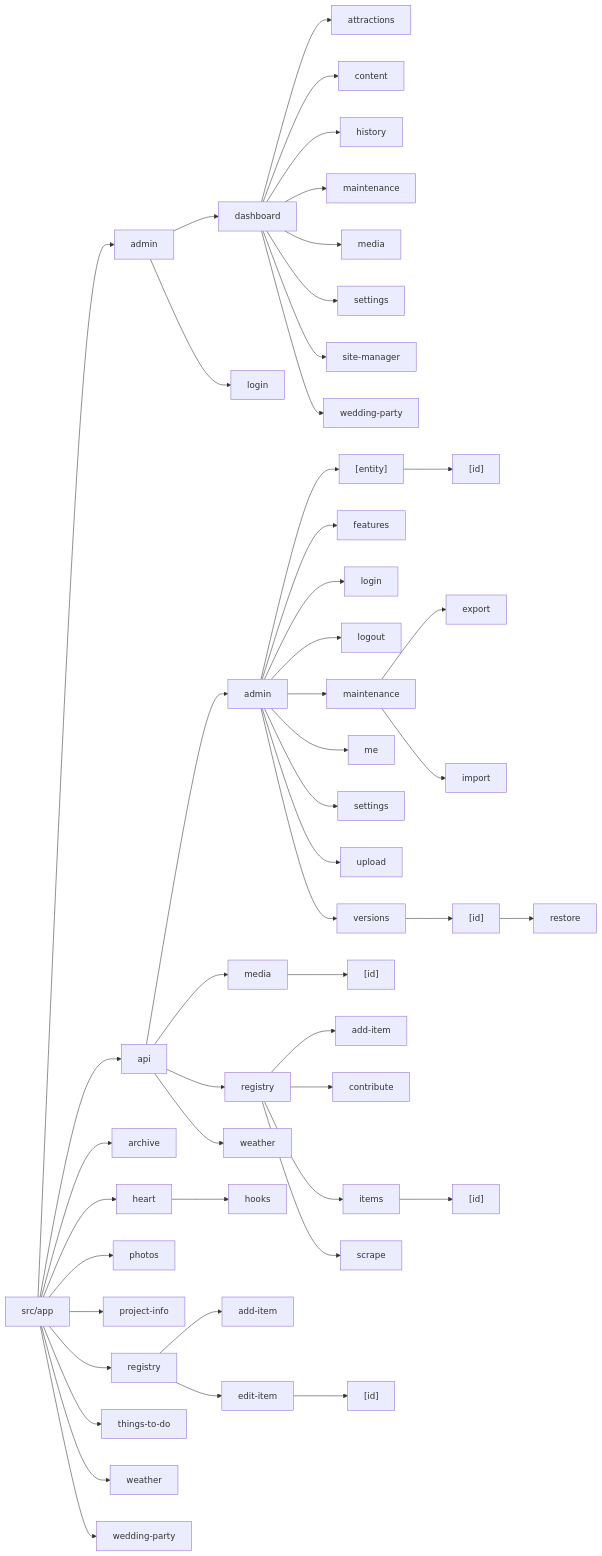
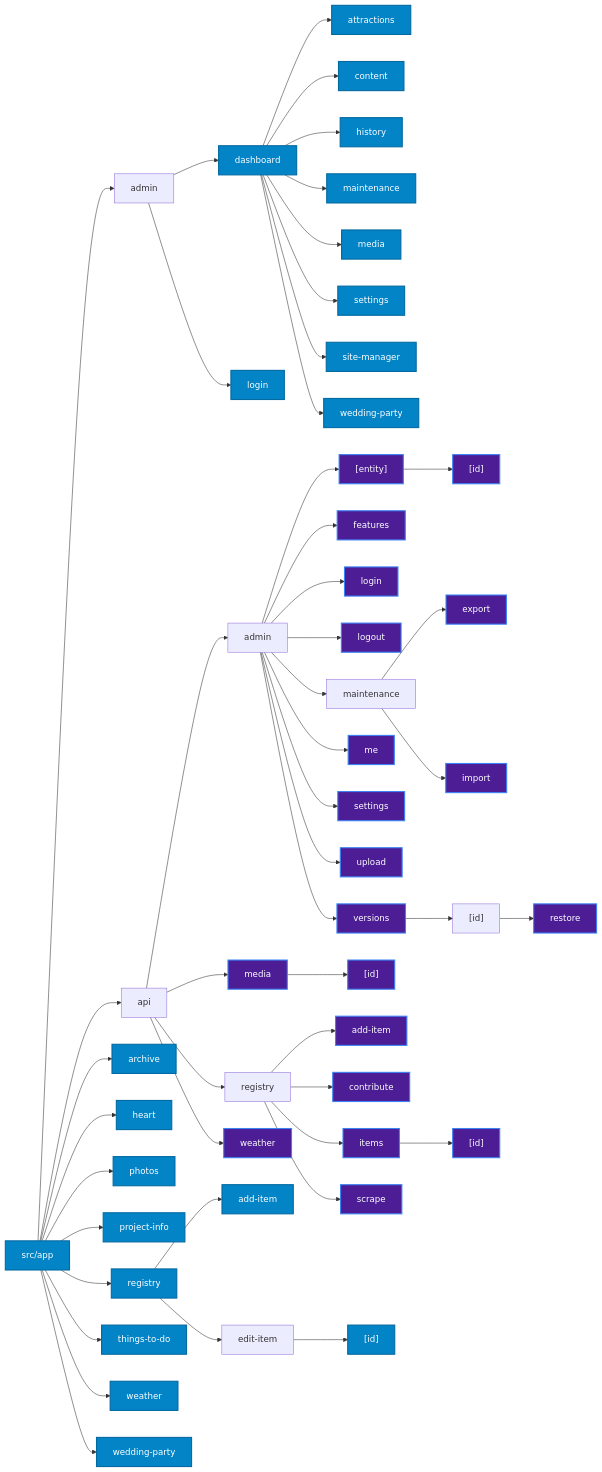
The second of 2 diagrams in ARCHITECTURE.md (fderuiter/wedding_website), drawn with Mermaid before and after one commit. The commit also changed 1 other file, not shown here.

Commit message:
feat: strict route file verification and visual routing diagram

````diff
--- a/ARCHITECTURE.md
+++ b/ARCHITECTURE.md
@@ -60,100 +60,142 @@
 ```mermaid
 flowchart LR
+    classDef page fill:#0284c7,stroke:#0369a1,color:#ffffff,stroke-width:2px;
+    classDef api fill:#4c1d95,stroke:#3b82f6,color:#ffffff,stroke-width:2px;
+
     App["src/app"]
     node_admin["admin"]
+    node_admin_dashboard["dashboard"]
+    node_admin_dashboard_attractions["attractions"]
+    node_admin_dashboard_content["content"]
+    node_admin_dashboard_history["history"]
+    node_admin_dashboard_maintenance["maintenance"]
+    node_admin_dashboard_media["media"]
+    node_admin_dashboard_settings["settings"]
+    node_admin_dashboard_sitemanager["site-manager"]
+    node_admin_dashboard_weddingparty["wedding-party"]
+    node_admin_login["login"]
+    node_api["api"]
+    node_api_admin["admin"]
+    node_api_admin_entity["[entity]"]
+    node_api_admin_entity_id["[id]"]
+    node_api_admin_features["features"]
+    node_api_admin_login["login"]
+    node_api_admin_logout["logout"]
+    node_api_admin_maintenance["maintenance"]
+    node_api_admin_maintenance_export["export"]
+    node_api_admin_maintenance_import["import"]
+    node_api_admin_me["me"]
+    node_api_admin_settings["settings"]
+    node_api_admin_upload["upload"]
+    node_api_admin_versions["versions"]
+    node_api_admin_versions_id["[id]"]
+    node_api_admin_versions_id_restore["restore"]
+    node_api_media["media"]
+    node_api_media_id["[id]"]
+    node_api_registry["registry"]
+    node_api_registry_additem["add-item"]
+    node_api_registry_contribute["contribute"]
+    node_api_registry_items["items"]
+    node_api_registry_items_id["[id]"]
+    node_api_registry_scrape["scrape"]
+    node_api_weather["weather"]
+    node_archive["archive"]
+    node_heart["heart"]
+    node_photos["photos"]
+    node_projectinfo["project-info"]
+    node_registry["registry"]
+    node_registry_additem["add-item"]
+    node_registry_edititem["edit-item"]
+    node_registry_edititem_id["[id]"]
+    node_thingstodo["things-to-do"]
+    node_weather["weather"]
+    node_weddingparty["wedding-party"]
     App --> node_admin
-    node_admin_dashboard["dashboard"]
     node_admin --> node_admin_dashboard
-    node_admin_dashboard_attractions["attractions"]
     node_admin_dashboard --> node_admin_dashboard_attractions
-    node_admin_dashboard_content["content"]
     node_admin_dashboard --> node_admin_dashboard_content
-    node_admin_dashboard_history["history"]
     node_admin_dashboard --> node_admin_dashboard_history
-    node_admin_dashboard_maintenance["maintenance"]
     node_admin_dashboard --> node_admin_dashboard_maintenance
-    node_admin_dashboard_media["media"]
     node_admin_dashboard --> node_admin_dashboard_media
-    node_admin_dashboard_settings["settings"]
     node_admin_dashboard --> node_admin_dashboard_settings
-    node_admin_dashboard_sitemanager["site-manager"]
     node_admin_dashboard --> node_admin_dashboard_sitemanager
-    node_admin_dashboard_weddingparty["wedding-party"]
     node_admin_dashboard --> node_admin_dashboard_weddingparty
-    node_admin_login["login"]
     node_admin --> node_admin_login
-    node_api["api"]
     App --> node_api
-    node_api_admin["admin"]
     node_api --> node_api_admin
-    node_api_admin_entity["[entity]"]
     node_api_admin --> node_api_admin_entity
-    node_api_admin_entity_id["[id]"]
     node_api_admin_entity --> node_api_admin_entity_id
-    node_api_admin_features["features"]
     node_api_admin --> node_api_admin_features
-    node_api_admin_login["login"]
     node_api_admin --> node_api_admin_login
-    node_api_admin_logout["logout"]
     node_api_admin --> node_api_admin_logout
-    node_api_admin_maintenance["maintenance"]
     node_api_admin --> node_api_admin_maintenance
-    node_api_admin_maintenance_export["export"]
     node_api_admin_maintenance --> node_api_admin_maintenance_export
-    node_api_admin_maintenance_import["import"]
     node_api_admin_maintenance --> node_api_admin_maintenance_import
-    node_api_admin_me["me"]
     node_api_admin --> node_api_admin_me
-    node_api_admin_settings["settings"]
     node_api_admin --> node_api_admin_settings
-    node_api_admin_upload["upload"]
     node_api_admin --> node_api_admin_upload
-    node_api_admin_versions["versions"]
     node_api_admin --> node_api_admin_versions
-    node_api_admin_versions_id["[id]"]
     node_api_admin_versions --> node_api_admin_versions_id
-    node_api_admin_versions_id_restore["restore"]
     node_api_admin_versions_id --> node_api_admin_versions_id_restore
-    node_api_media["media"]
     node_api --> node_api_media
-    node_api_media_id["[id]"]
     node_api_media --> node_api_media_id
-    node_api_registry["registry"]
     node_api --> node_api_registry
-    node_api_registry_additem["add-item"]
     node_api_registry --> node_api_registry_additem
-    node_api_registry_contribute["contribute"]
     node_api_registry --> node_api_registry_contribute
-    node_api_registry_items["items"]
     node_api_registry --> node_api_registry_items
-    node_api_registry_items_id["[id]"]
     node_api_registry_items --> node_api_registry_items_id
-    node_api_registry_scrape["scrape"]
     node_api_registry --> node_api_registry_scrape
-    node_api_weather["weather"]
     node_api --> node_api_weather
-    node_archive["archive"]
     App --> node_archive
-    node_heart["heart"]
     App --> node_heart
-    node_heart_hooks["hooks"]
-    node_heart --> node_heart_hooks
-    node_photos["photos"]
     App --> node_photos
-    node_projectinfo["project-info"]
     App --> node_projectinfo
-    node_registry["registry"]
     App --> node_registry
-    node_registry_additem["add-item"]
     node_registry --> node_registry_additem
-    node_registry_edititem["edit-item"]
     node_registry --> node_registry_edititem
-    node_registry_edititem_id["[id]"]
     node_registry_edititem --> node_registry_edititem_id
-    node_thingstodo["things-to-do"]
     App --> node_thingstodo
-    node_weather["weather"]
     App --> node_weather
-    node_weddingparty["wedding-party"]
     App --> node_weddingparty
+    class App page;
+    class node_admin_dashboard page;
+    class node_admin_dashboard_attractions page;
+    class node_admin_dashboard_content page;
+    class node_admin_dashboard_history page;
+    class node_admin_dashboard_maintenance page;
+    class node_admin_dashboard_media page;
+    class node_admin_dashboard_settings page;
+    class node_admin_dashboard_sitemanager page;
+    class node_admin_dashboard_weddingparty page;
+    class node_admin_login page;
+    class node_api_admin_entity api;
+    class node_api_admin_entity_id api;
+    class node_api_admin_features api;
+    class node_api_admin_login api;
+    class node_api_admin_logout api;
+    class node_api_admin_maintenance_export api;
+    class node_api_admin_maintenance_import api;
+    class node_api_admin_me api;
+    class node_api_admin_settings api;
+    class node_api_admin_upload api;
+    class node_api_admin_versions api;
+    class node_api_admin_versions_id_restore api;
+    class node_api_media api;
+    class node_api_media_id api;
+    class node_api_registry_additem api;
+    class node_api_registry_contribute api;
+    class node_api_registry_items api;
+    class node_api_registry_items_id api;
+    class node_api_registry_scrape api;
+    class node_api_weather api;
+    class node_archive page;
+    class node_heart page;
+    class node_photos page;
+    class node_projectinfo page;
+    class node_registry page;
+    class node_registry_additem page;
+    class node_registry_edititem_id page;
+    class node_thingstodo page;
+    class node_weather page;
+    class node_weddingparty page;
 ```
````
